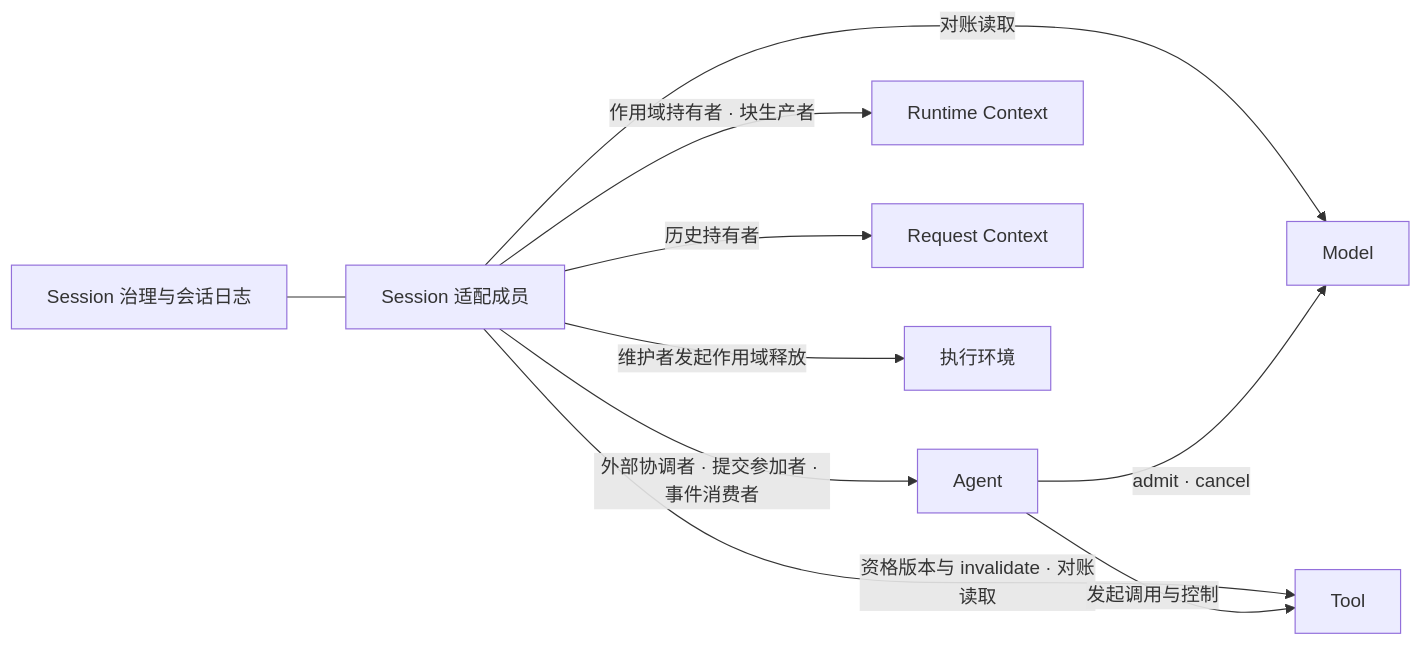
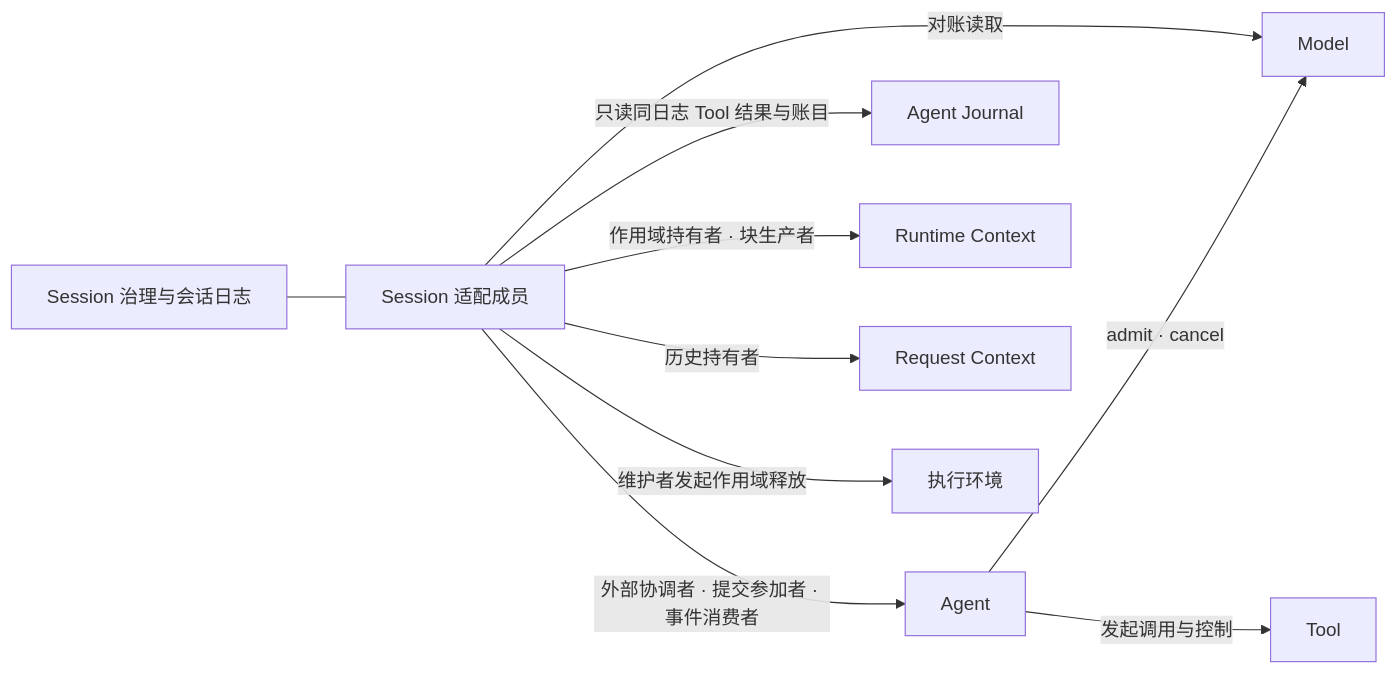
The first of 9 diagrams in docs/architecture/runtime/session-and-run.md (nemori-ai/omne-harness-lite), drawn with Mermaid before and after one commit. The commit also changed other lines of this file and 44 other files, not shown here.

````diff
--- a/docs/architecture/runtime/session-and-run.md
+++ b/docs/architecture/runtime/session-and-run.md
@@ -47,12 +47,12 @@
 ```mermaid
 flowchart LR
     Gov[Session 治理与会话日志] --- Adapters[Session 适配成员]
     Adapters -->|外部协调者 · 提交参加者 · 事件消费者| Agent[Agent]
     Adapters -->|对账读取| Model[Model]
-    Adapters -->|资格版本与 invalidate · 对账读取| Tool[Tool]
+    Adapters -->|只读同日志 Tool 结果与账目| Journal[Agent Journal]
     Adapters -->|作用域持有者 · 块生产者| RC[Runtime Context]
     Adapters -->|历史持有者| RQ[Request Context]
     Adapters -->|维护者发起作用域释放| EE[执行环境]
     Agent -->|admit · cancel| Model
     Agent -->|发起调用与控制| Tool
 ```
````
